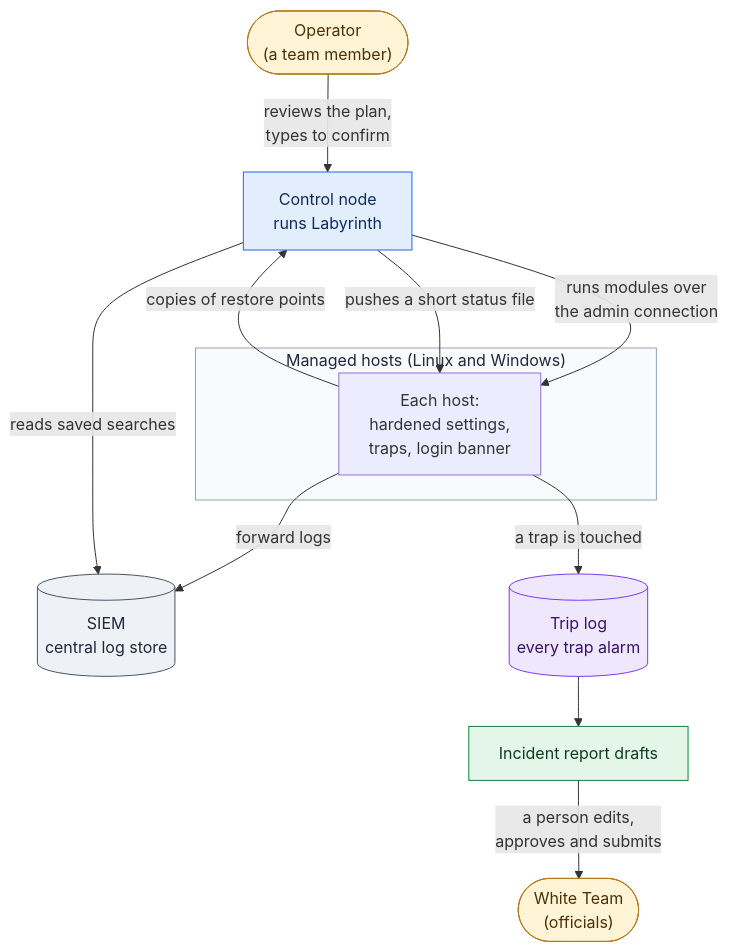
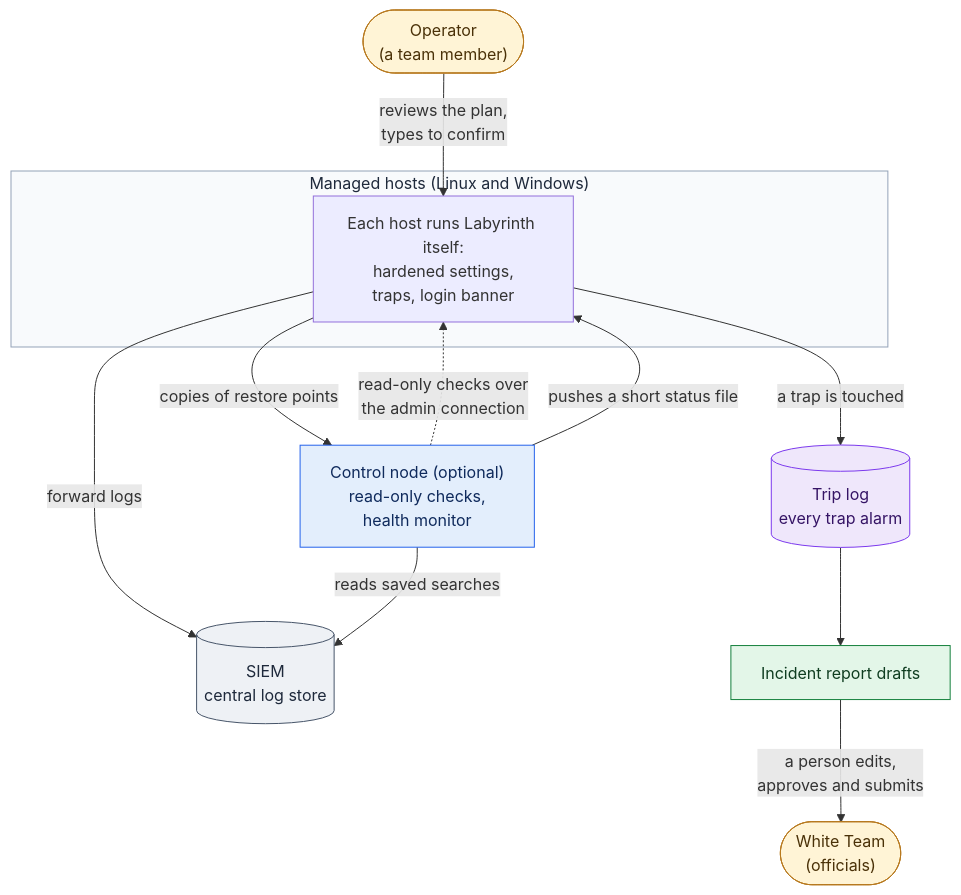
The second of 3 diagrams in docs/Overview.md (dotnetdork/Labyrinth), drawn with Mermaid before and after one commit. The commit also changed other lines of this file and 39 other files, not shown here.

````diff
--- a/docs/Overview.md
+++ b/docs/Overview.md
@@ -80,32 +78,32 @@
 ```mermaid
 flowchart TD
     OP(["Operator<br/>(a team member)"])
-    CN["Control node<br/>runs Labyrinth"]
     subgraph hosts["Managed hosts (Linux and Windows)"]
-        H["Each host:<br/>hardened settings,<br/>traps, login banner"]
+        H["Each host runs Labyrinth itself:<br/>hardened settings,<br/>traps, login banner"]
     end
+    CN["Control node (optional)<br/>read-only checks,<br/>health monitor"]
     SIEM[("SIEM<br/>central log store")]
     TL[("Trip log<br/>every trap alarm")]
     REP["Incident report drafts"]
     WT(["White Team<br/>(officials)"])
-    OP -->|"reviews the plan,<br/>types to confirm"| CN
-    CN -->|"runs modules over<br/>the admin connection"| H
+    OP -->|"reviews the plan,<br/>types to confirm"| H
+    CN -.->|"read-only checks over<br/>the admin connection"| H
     H -->|"forward logs"| SIEM
     H -->|"a trap is touched"| TL
     TL --> REP
     CN -->|"reads saved searches"| SIEM
     CN -->|"pushes a short status file"| H
     H -->|"copies of restore points"| CN
     REP -->|"a person edits,<br/>approves and submits"| WT
     classDef human fill:#fff4d6,stroke:#b7791f,color:#4a3108
     classDef store fill:#eef1f5,stroke:#475569,color:#1e293b
     classDef observe fill:#e3eefc,stroke:#2563eb,color:#0f2a5c
     classDef deceive fill:#efe7fb,stroke:#7c3aed,color:#351465
     classDef sustain fill:#e3f6e8,stroke:#15803d,color:#0f3d20
     class OP,WT human
     class SIEM store
     class CN observe
     class TL deceive
     class REP sustain
     style hosts fill:#f8fafc,stroke:#94a3b8,color:#1e293b
 ```
````
